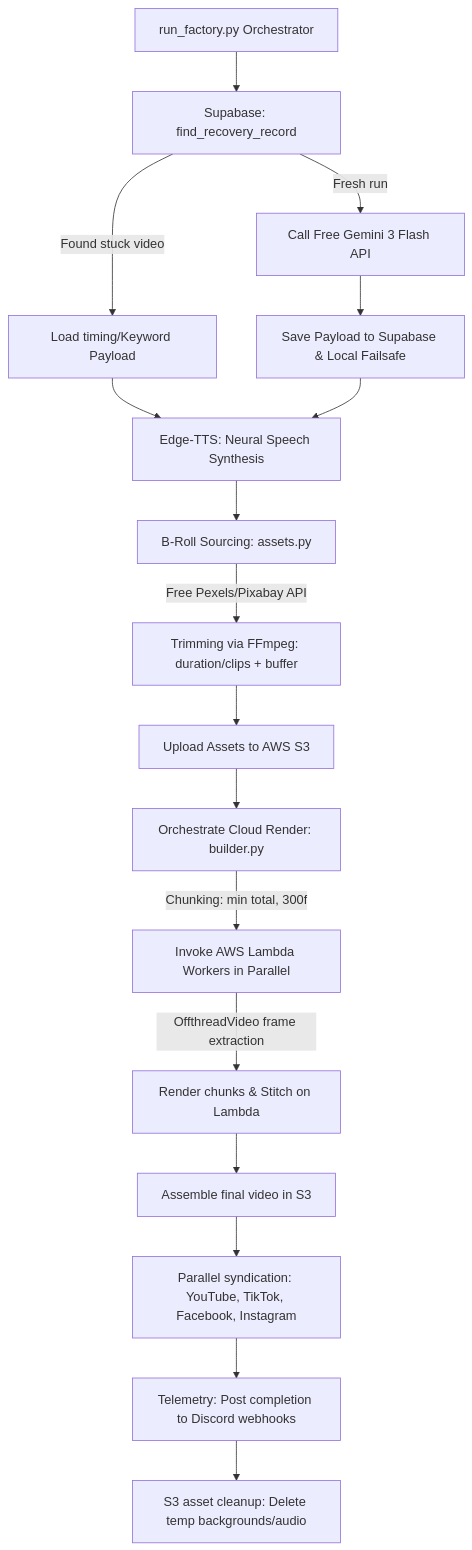
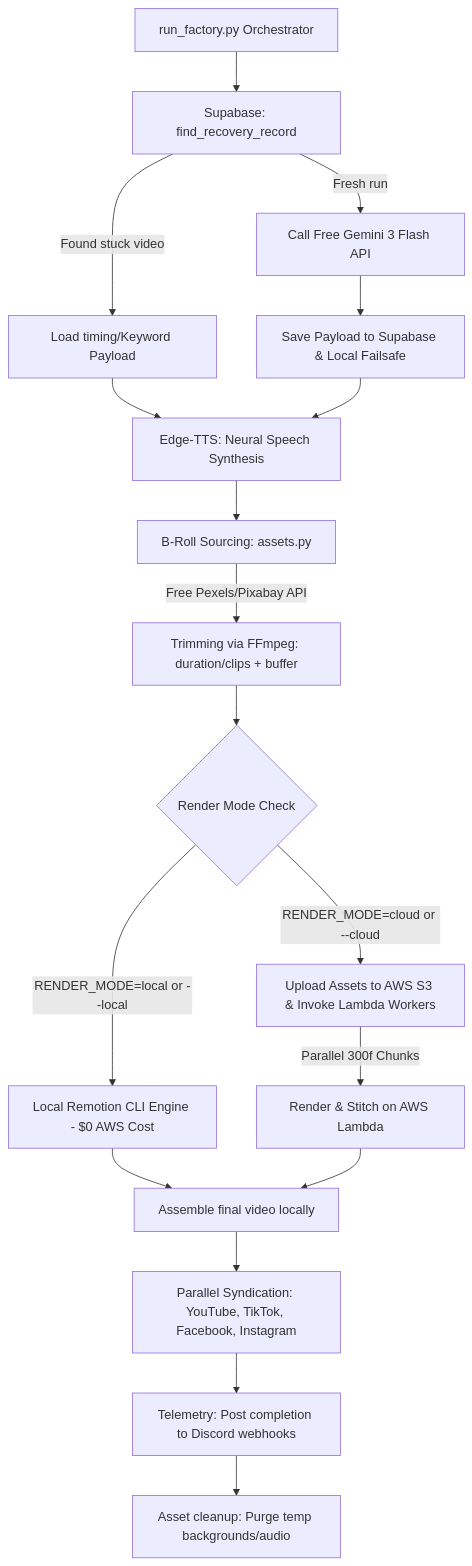
One commit to Hazy019/youtube-shorts-automation changed the diagram in README.md. Above: the diagram before and after it, drawn with Mermaid. The commit also changed other lines of this file and 2 other files, not shown here.

Commit message:
feat: implement Hybrid Compute Engine allowing local Remotion CLI rendering alongside existing cloud-based AWS Lambda pipelines

````diff
--- a/README.md
+++ b/README.md
@@ -20,19 +20,20 @@
 ```mermaid
 graph TD
     A[run_factory.py Orchestrator] --> B[Supabase: find_recovery_record]
     B -->|Found stuck video| C[Load timing/Keyword Payload]
     B -->|Fresh run| D[Call Free Gemini 3 Flash API]
     D --> E[Save Payload to Supabase & Local Failsafe]
     C --> F[Edge-TTS: Neural Speech Synthesis]
     E --> F
     F --> G[B-Roll Sourcing: assets.py]
     G -->|Free Pexels/Pixabay API| H[Trimming via FFmpeg: duration/clips + buffer]
-    H --> I[Upload Assets to AWS S3]
-    I --> J[Orchestrate Cloud Render: builder.py]
-    J -->|Chunking: min total, 300f| K[Invoke AWS Lambda Workers in Parallel]
-    K -->|OffthreadVideo frame extraction| L[Render chunks & Stitch on Lambda]
-    L --> M[Assemble final video in S3]
-    M --> N[Parallel syndication: YouTube, TikTok, Facebook, Instagram]
+    H --> I{Render Mode Check}
+    I -->|RENDER_MODE=local or --local| J1[Local Remotion CLI Engine - $0 AWS Cost]
+    I -->|RENDER_MODE=cloud or --cloud| J2[Upload Assets to AWS S3 & Invoke Lambda Workers]
+    J1 --> M[Assemble final video locally]
+    J2 -->|Parallel 300f Chunks| L[Render & Stitch on AWS Lambda]
+    L --> M
+    M --> N[Parallel Syndication: YouTube, TikTok, Facebook, Instagram]
     N --> O[Telemetry: Post completion to Discord webhooks]
-    O --> P[S3 asset cleanup: Delete temp backgrounds/audio]
+    O --> P[Asset cleanup: Purge temp backgrounds/audio]
 ```
````
